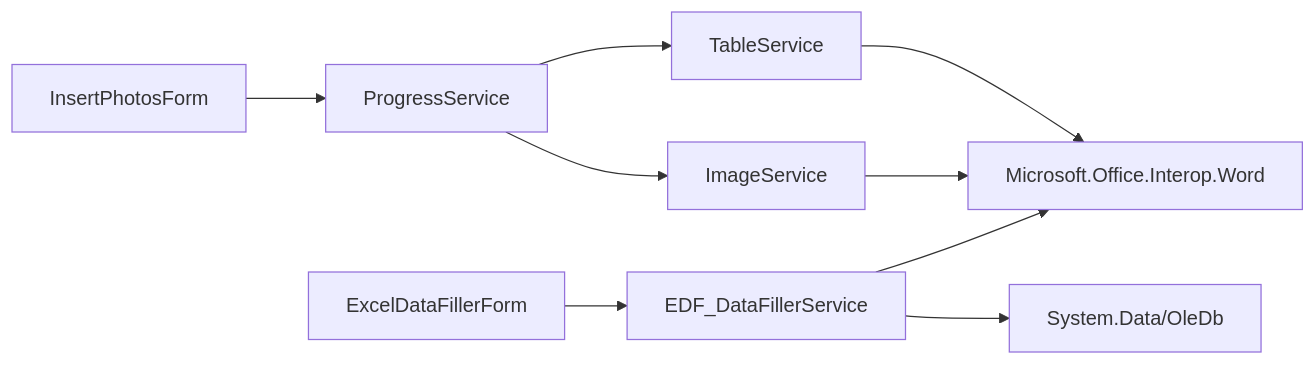
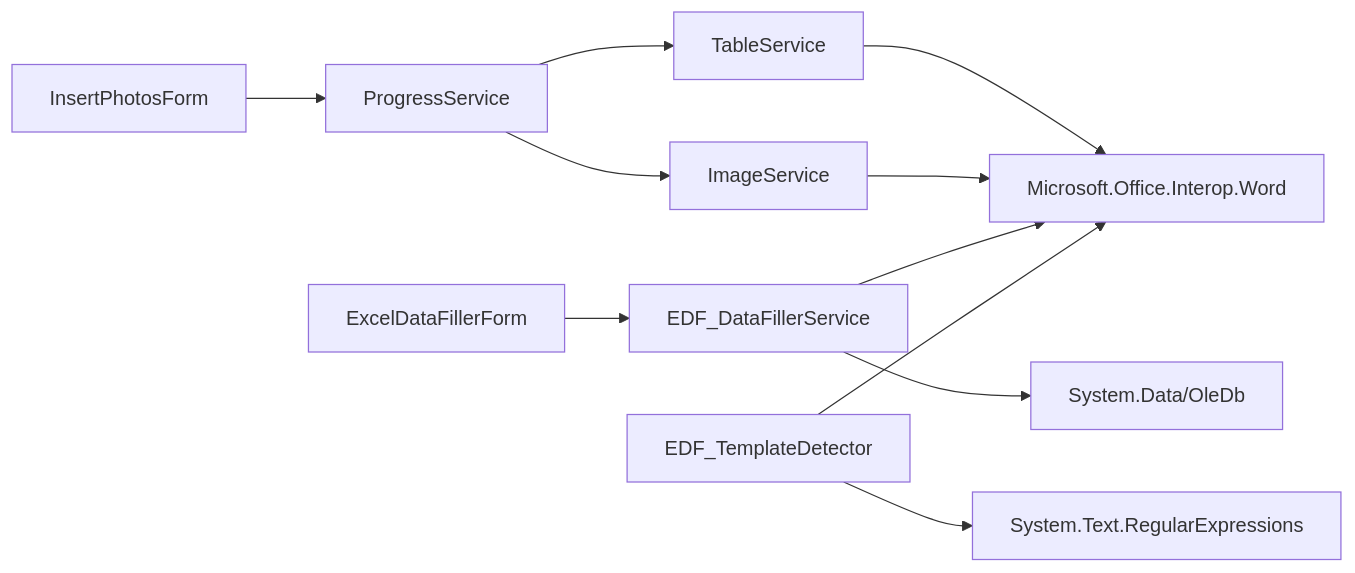
One commit to rainiva/WordTools changed diagram 12 of 12 in .qoder/repowiki/zh/content/服务层/表格服务.md. Above: the diagram before and after it, drawn with Mermaid. The commit also changed other lines of this file and 4 other files, not shown here.

````diff
--- a/.qoder/repowiki/zh/content/服务层/表格服务.md
+++ b/.qoder/repowiki/zh/content/服务层/表格服务.md
@@ -344,11 +477,13 @@
 ```mermaid
 graph LR
 TS["TableService"] --> Word["Microsoft.Office.Interop.Word"]
 IS["ImageService"] --> Word
 PS["ProgressService"] --> TS
 PS --> IS
 EDFS["EDF_DataFillerService"] --> Word
 EDFS --> Data["System.Data/OleDb"]
+EDFT["EDF_TemplateDetector"] --> Word
+EDFT --> Regex["System.Text.RegularExpressions"]
 UI1["InsertPhotosForm"] --> PS
 UI2["ExcelDataFillerForm"] --> EDFS
 ```
````
